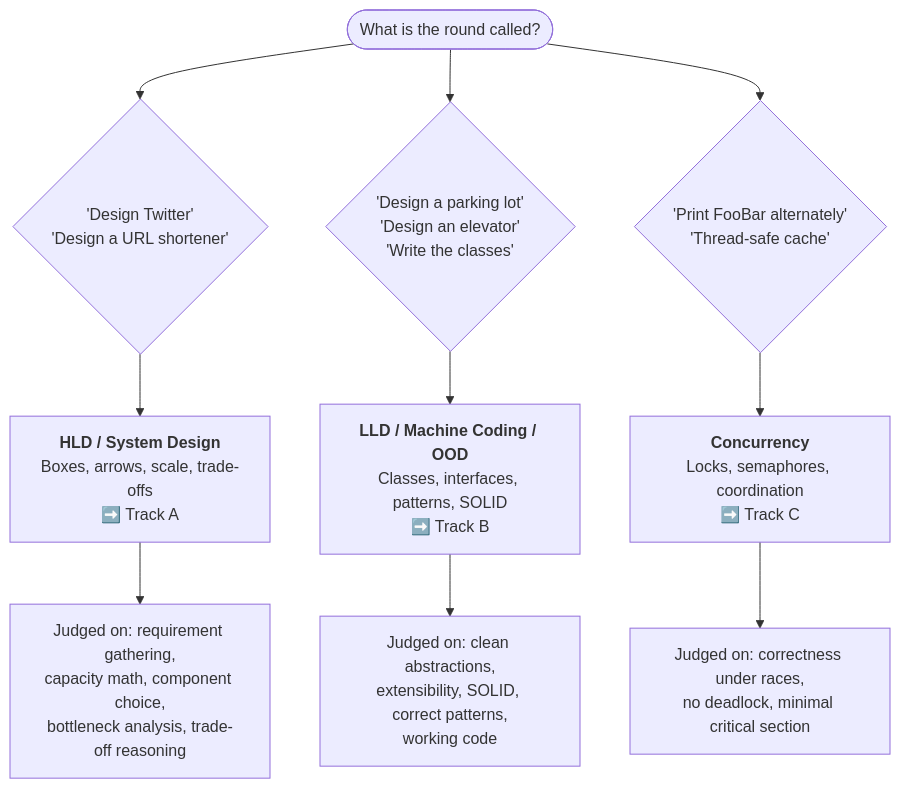
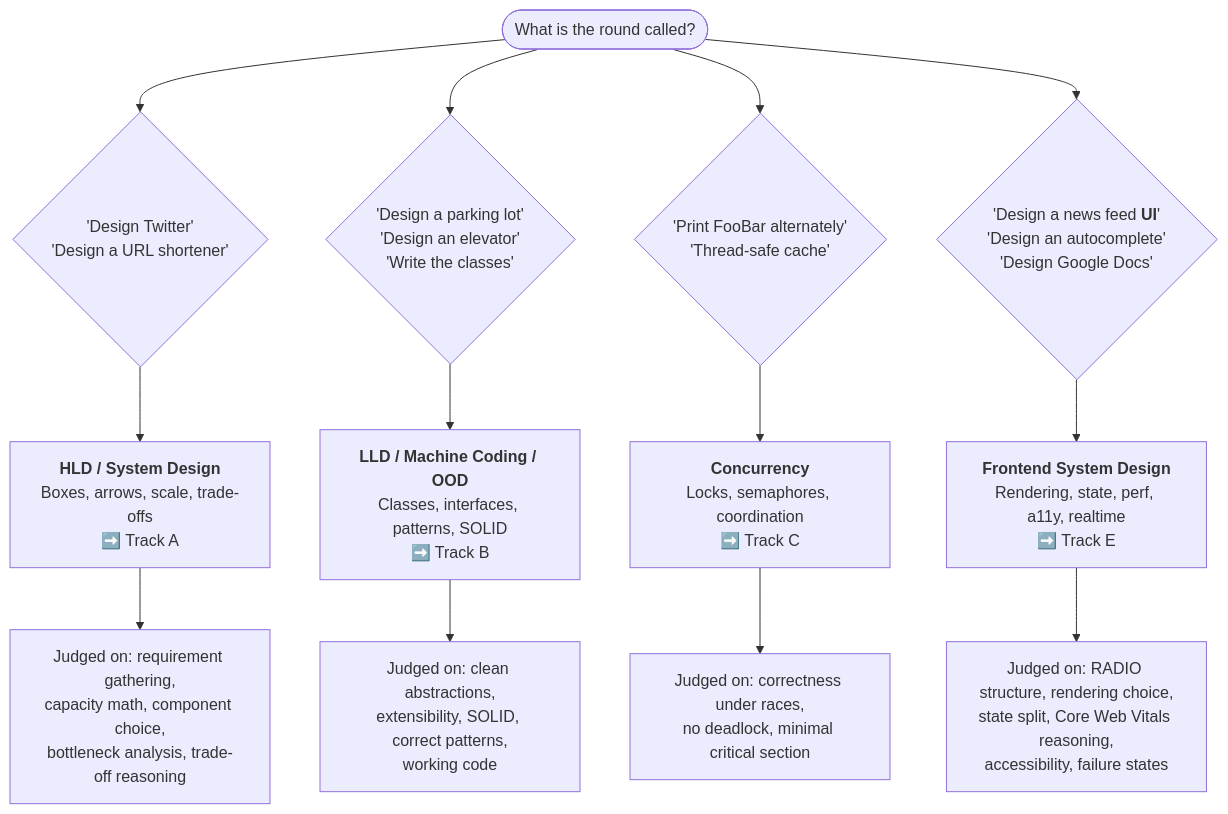
One commit to tarangLearner/system-design changed the first of 2 diagrams in README.md. Above: the diagram before and after it, drawn with Mermaid. The commit also changed other lines of this file and 26 other files, not shown here.

Commit message:
tech blogs system design

````diff
--- a/README.md
+++ b/README.md
@@ -15,14 +15,17 @@
 ```mermaid
 flowchart TD
     A([What is the round called?]) --> B{"'Design Twitter'<br/>'Design a URL shortener'"}
     A --> C{"'Design a parking lot'<br/>'Design an elevator'<br/>'Write the classes'"}
     A --> D{"'Print FooBar alternately'<br/>'Thread-safe cache'"}
+    A --> E{"'Design a news feed <b>UI</b>'<br/>'Design an autocomplete'<br/>'Design Google Docs'"}
 
     B --> HLD["<b>HLD / System Design</b><br/>Boxes, arrows, scale, trade-offs<br/>➡️ Track A"]
     C --> LLD["<b>LLD / Machine Coding / OOD</b><br/>Classes, interfaces, patterns, SOLID<br/>➡️ Track B"]
     D --> CON["<b>Concurrency</b><br/>Locks, semaphores, coordination<br/>➡️ Track C"]
+    E --> FSD["<b>Frontend System Design</b><br/>Rendering, state, perf, a11y, realtime<br/>➡️ Track E"]
 
     HLD --> R1["Judged on: requirement gathering,<br/>capacity math, component choice,<br/>bottleneck analysis, trade-off reasoning"]
     LLD --> R2["Judged on: clean abstractions,<br/>extensibility, SOLID, correct patterns,<br/>working code"]
     CON --> R3["Judged on: correctness under races,<br/>no deadlock, minimal critical section"]
+    FSD --> R4["Judged on: RADIO structure, rendering choice,<br/>state split, Core Web Vitals reasoning,<br/>accessibility, failure states"]
 ```
````
